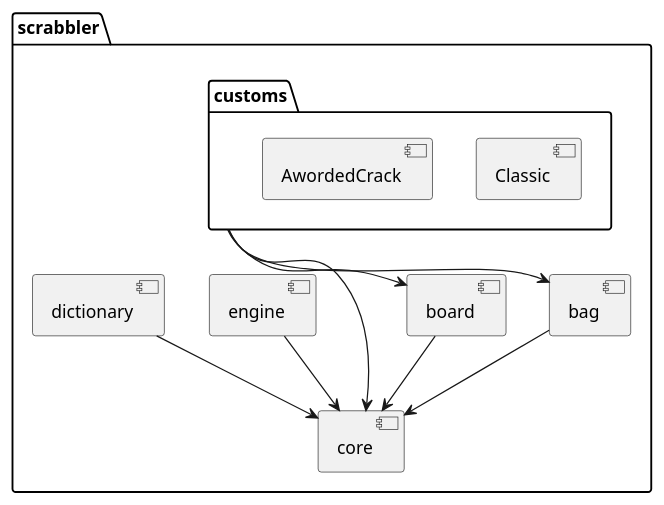
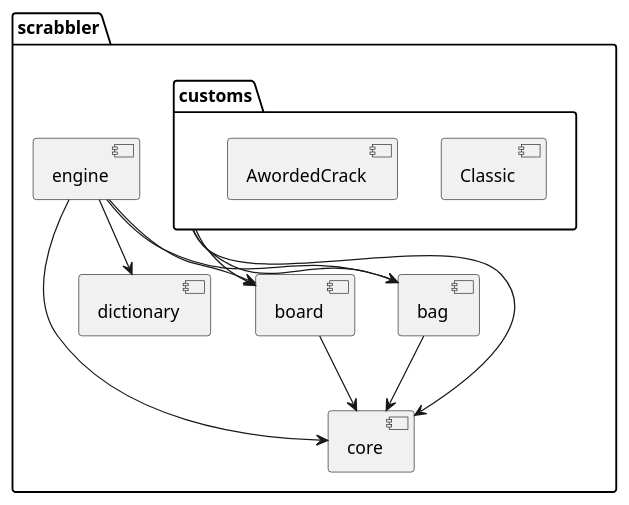
The diagram in docs/components.puml (tizianolattisi/scrabbler), drawn with PlantUML before and after one commit. The commit also changed 22 other files, not shown here.

Commit message:
Moving interfaces near the abstract implementations, the packages are more "self contained", but we introduce a couple of connections between packages, and dictionary, bag and board packages becomes more abstract.

```diff
--- a/docs/components.puml
+++ b/docs/components.puml
@@ -1,19 +1,22 @@
 @startuml
 
 package "scrabbler" {
 [engine] --> [core]
-[dictionary] --> [core]
+[engine] --> [bag]
+[engine] --> [board]
+[engine] --> [dictionary]
+[dictionary]
 [core]
 [board] --> [core]
 [bag] --> [core]
 [customs] --> [core]
 [customs] --> [board]
 [customs] --> [bag]
 }
 
 package "customs" {
 [Classic]
 [AwordedCrack]
 }
 
 @enduml
```
